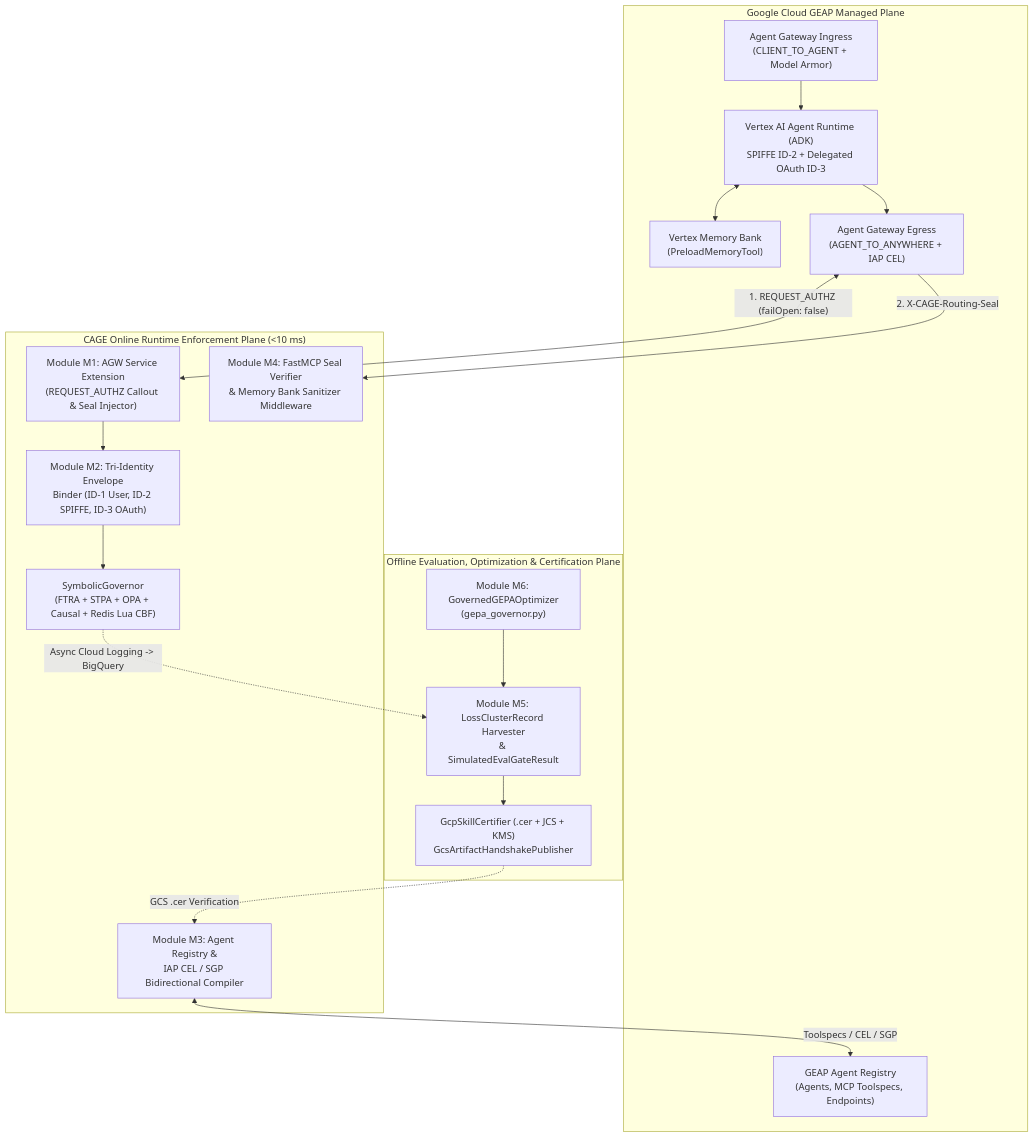
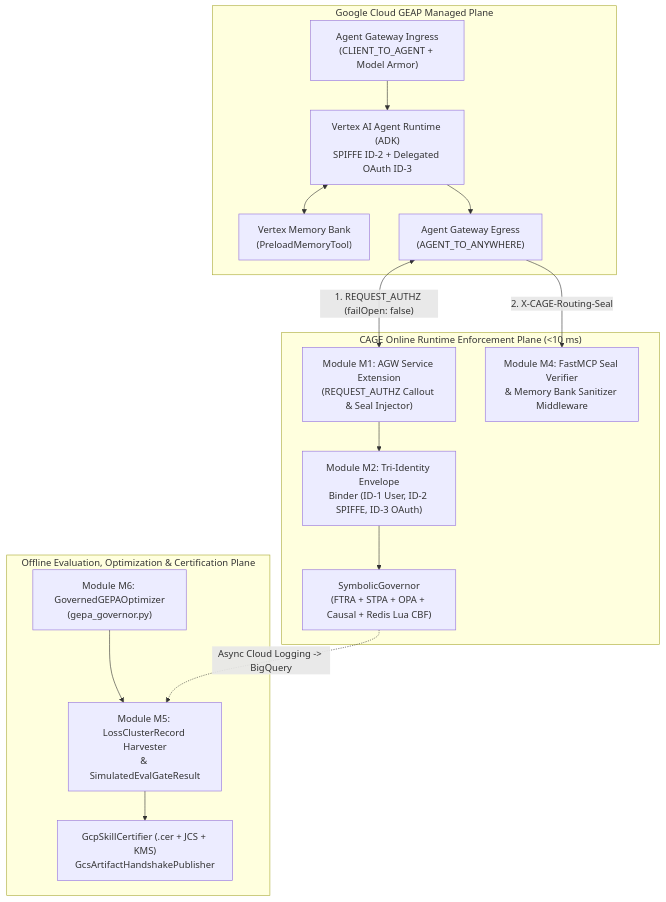
One commit to google/cybernetic-agent-governance-engine changed the diagram in docs/architecture/GEAP_INTEGRATION_ARCHITECTURE.md. Above: the diagram before and after it, drawn with Mermaid. The commit also changed other lines of this file and 44 other files, not shown here.

````diff
--- a/docs/architecture/GEAP_INTEGRATION_ARCHITECTURE.md
+++ b/docs/architecture/GEAP_INTEGRATION_ARCHITECTURE.md
@@ -33,35 +33,31 @@
 ```mermaid
 flowchart TB
     subgraph Offline["Offline Evaluation, Optimization & Certification Plane"]
         M6["Module M6: GovernedGEPAOptimizer<br/>(gepa_governor.py)"]
         M5["Module M5: LossClusterRecord Harvester<br/>& SimulatedEvalGateResult"]
         CER["GcpSkillCertifier (.cer + JCS + KMS)<br/>GcsArtifactHandshakePublisher"]
         M6 --> M5 --> CER
     end
 
     subgraph GEAP["Google Cloud GEAP Managed Plane"]
         AGW_IN["Agent Gateway Ingress<br/>(CLIENT_TO_AGENT + Model Armor)"]
         RUNTIME["Vertex AI Agent Runtime (ADK)<br/>SPIFFE ID-2 + Delegated OAuth ID-3"]
         MEM["Vertex Memory Bank<br/>(PreloadMemoryTool)"]
-        AGW_OUT["Agent Gateway Egress<br/>(AGENT_TO_ANYWHERE + IAP CEL)"]
-        REG["GEAP Agent Registry<br/>(Agents, MCP Toolspecs, Endpoints)"]
+        AGW_OUT["Agent Gateway Egress<br/>(AGENT_TO_ANYWHERE)"]
     end
 
     subgraph Online["CAGE Online Runtime Enforcement Plane (<10 ms)"]
         M1["Module M1: AGW Service Extension<br/>(REQUEST_AUTHZ Callout & Seal Injector)"]
         M2["Module M2: Tri-Identity Envelope<br/>Binder (ID-1 User, ID-2 SPIFFE, ID-3 OAuth)"]
-        M3["Module M3: Agent Registry &<br/>IAP CEL / SGP Bidirectional Compiler"]
         M4["Module M4: FastMCP Seal Verifier<br/>& Memory Bank Sanitizer Middleware"]
         GOV["SymbolicGovernor<br/>(FTRA + STPA + OPA + Causal + Redis Lua CBF)"]
     end
 
     AGW_IN --> RUNTIME
     RUNTIME <--> MEM
     RUNTIME --> AGW_OUT
     AGW_OUT <-->|"1. REQUEST_AUTHZ (failOpen: false)"| M1
     M1 --> M2 --> GOV
-    CER -.->|"GCS .cer Verification"| M3
-    M3 <-->|"Toolspecs / CEL / SGP"| REG
     AGW_OUT -->|"2. X-CAGE-Routing-Seal"| M4
     GOV -.->|"Async Cloud Logging -> BigQuery"| M5
 ```
````
